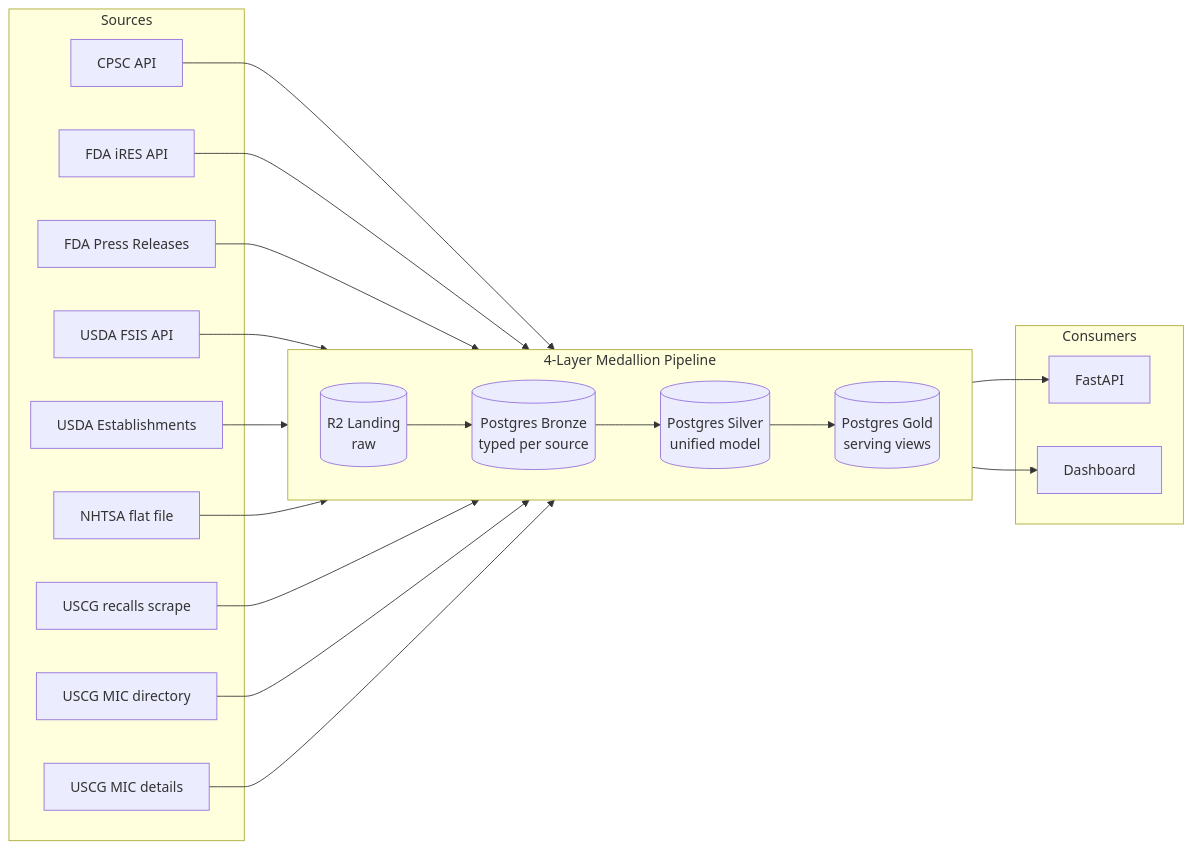
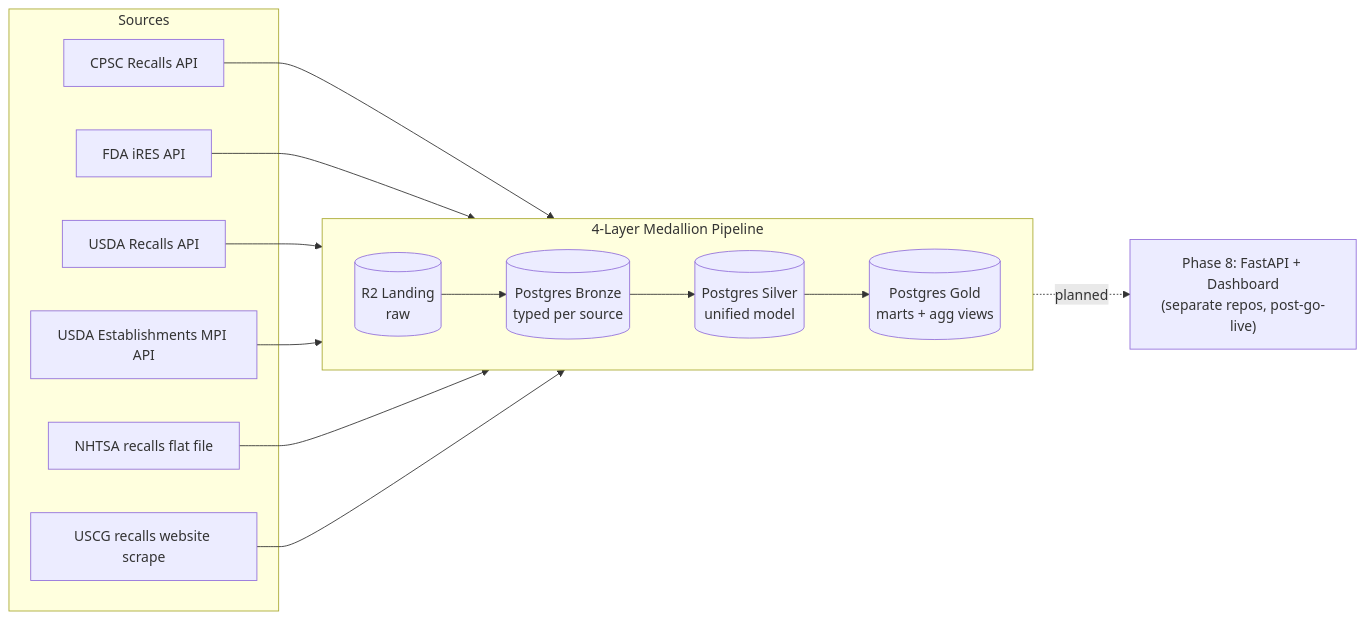
The diagram in README.md (justanesta/consumer-product-recalls), drawn with Mermaid before and after one commit. The commit also changed other lines of this file and 79 other files, not shown here.

````diff
--- a/README.md
+++ b/README.md
@@ -9,41 +9,31 @@
 ```mermaid
 flowchart LR
     subgraph sources[Sources]
-        CPSC[CPSC API]
+        CPSC[CPSC Recalls API]
         FDA[FDA iRES API]
-        FDAPR[FDA Press Releases]
-        USDA[USDA FSIS API]
-        USDAEST[USDA Establishments]
-        NHTSA[NHTSA flat file]
-        USCG[USCG recalls scrape]
-        USCGMFR[USCG MIC directory]
-        USCGDET[USCG MIC details]
+        USDA[USDA Recalls API]
+        USDAEST[USDA Establishments MPI API]
+        NHTSA[NHTSA recalls flat file]
+        USCG[USCG recalls website scrape]
     end
 
     subgraph pipeline[4-Layer Medallion Pipeline]
         direction LR
         R2[(R2 Landing<br/>raw)]
         BR[(Postgres Bronze<br/>typed per source)]
         SV[(Postgres Silver<br/>unified model)]
-        GD[(Postgres Gold<br/>serving views)]
+        GD[(Postgres Gold<br/>marts + agg views)]
         R2 --> BR --> SV --> GD
     end
 
-    subgraph consumers[Consumers]
-        API[FastAPI]
-        UI[Dashboard]
-    end
+    FUTURE["Phase 8: FastAPI + Dashboard<br/>(separate repos, post-go-live)"]
 
     CPSC --> R2
     FDA --> R2
-    FDAPR --> R2
     USDA --> R2
     USDAEST --> R2
     NHTSA --> R2
     USCG --> R2
-    USCGMFR --> R2
-    USCGDET --> R2
 
-    GD --> API
-    GD --> UI
+    GD -.->|planned| FUTURE
 ```
````
